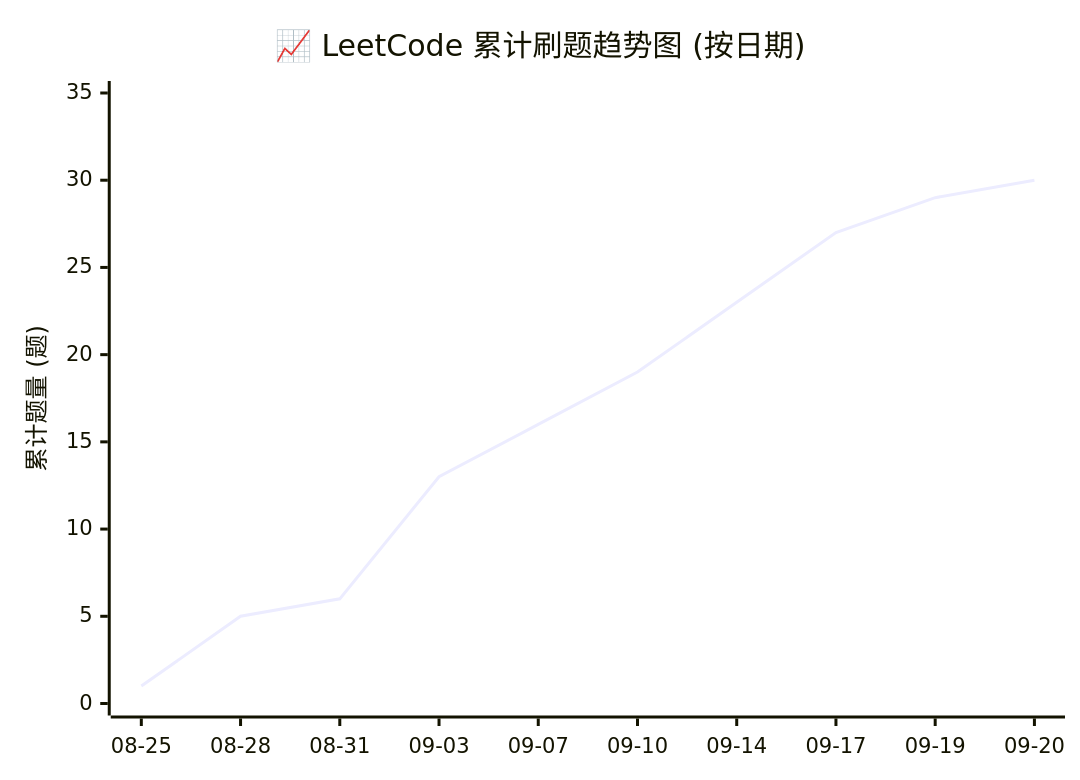
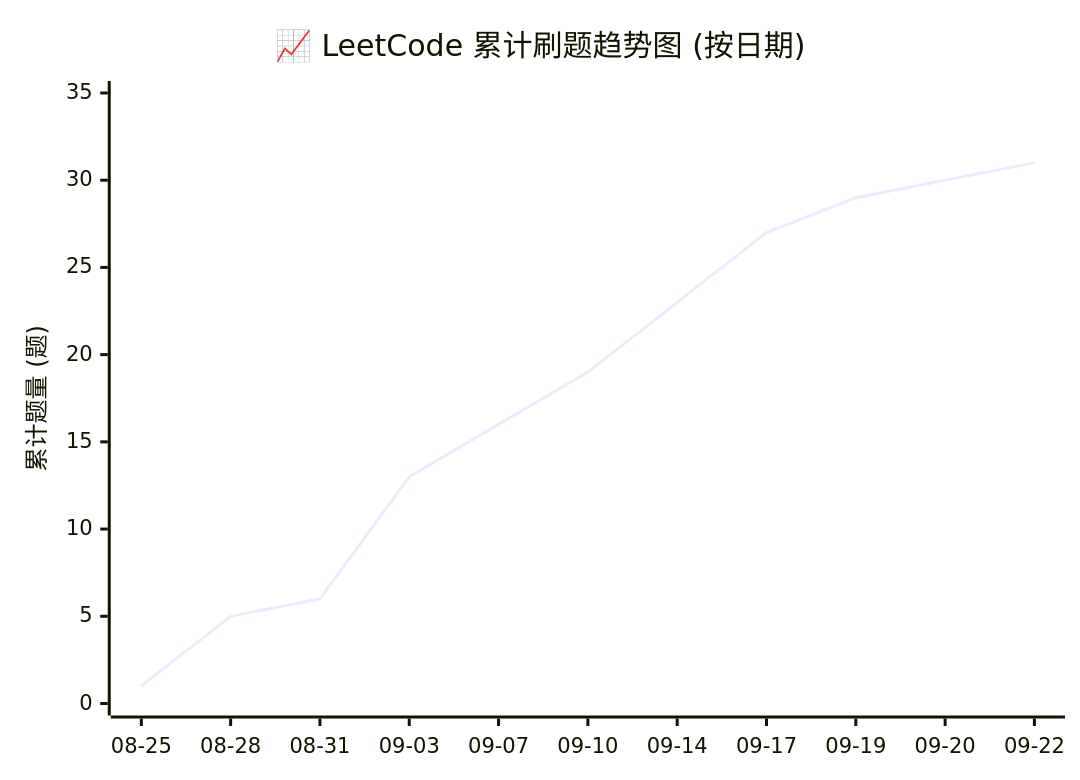
The diagram in README.md (hexinbyte/LeetCode-Journey), drawn with Mermaid before and after one commit. The commit also changed other lines of this file and 2 other files, not shown here.

````diff
--- a/README.md
+++ b/README.md
@@ -16,7 +16,7 @@
 ```mermaid
 xychart-beta
     title "📈 LeetCode 累计刷题趋势图 (按日期)"
-    x-axis ["08-25", "08-28", "08-31", "09-03", "09-07", "09-10", "09-14", "09-17", "09-19", "09-20"]
+    x-axis ["08-25", "08-28", "08-31", "09-03", "09-07", "09-10", "09-14", "09-17", "09-19", "09-20", "09-22"]
     y-axis "累计题量 (题)" 0 --> 35
-    line [1, 5, 6, 13, 16, 19, 23, 27, 29, 30]
+    line [1, 5, 6, 13, 16, 19, 23, 27, 29, 30, 31]
 ```
````
